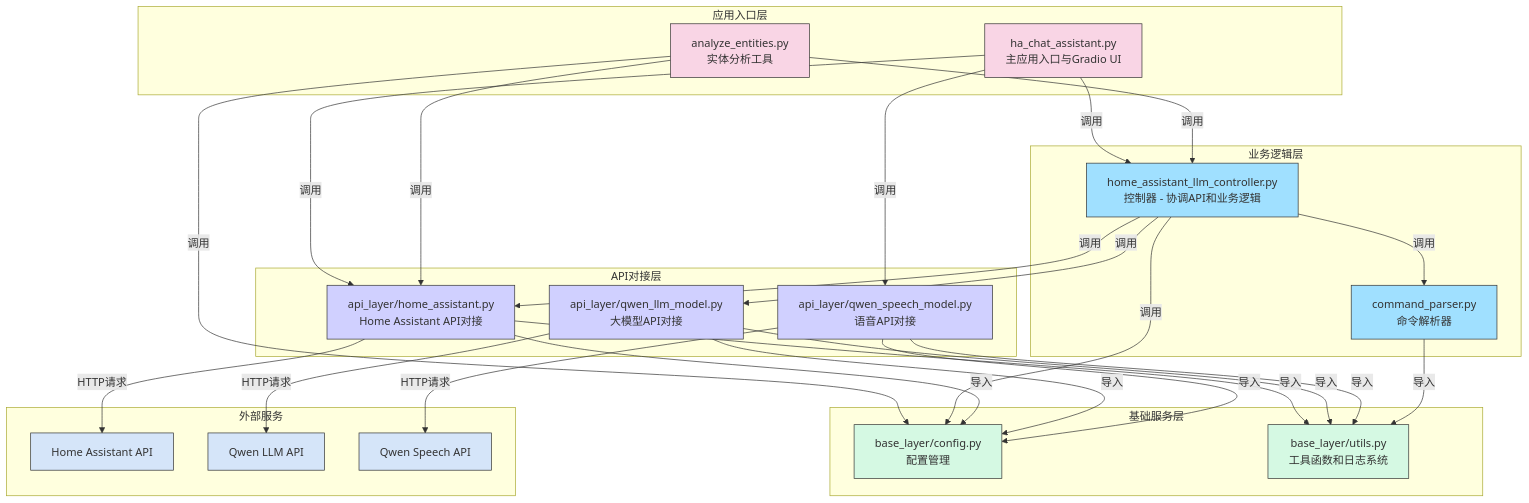
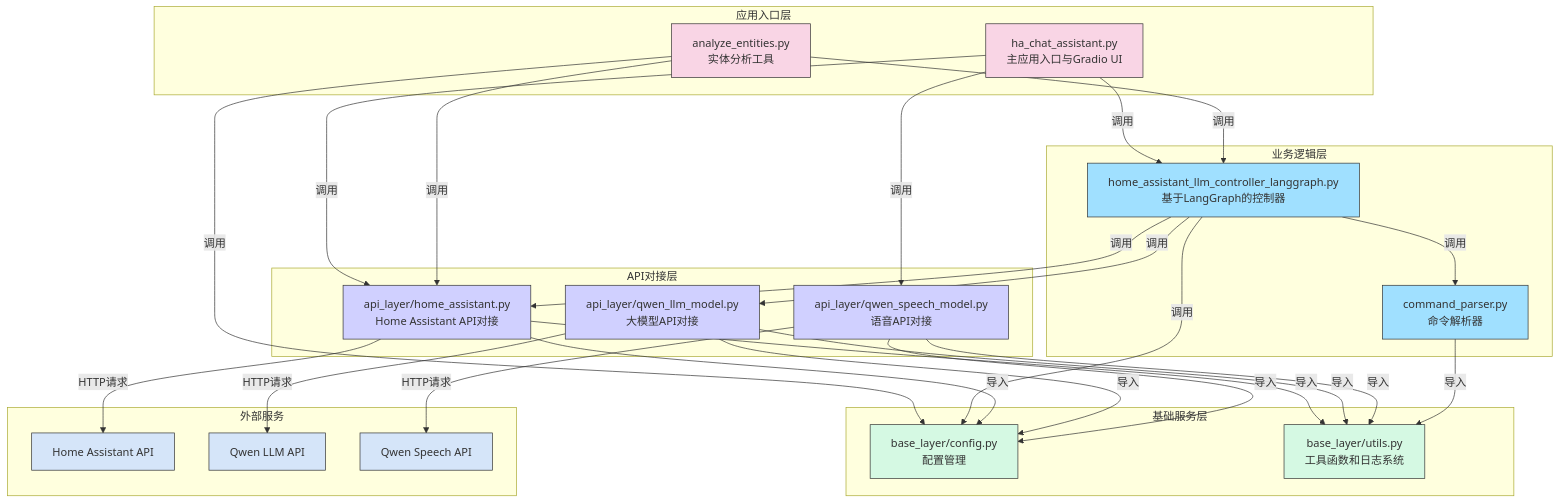
Before and after one commit to zlccccc/HomeAssistant-LLM-Analysis: the diagram in README.md, drawn with Mermaid. The commit also changed other lines of this file, not shown here.

````diff
--- a/README.md
+++ b/README.md
@@ -9,65 +9,65 @@
 ```mermaid
 graph TD
     subgraph 应用入口层
         A[ha_chat_assistant.py<br>主应用入口与Gradio UI]
         C[analyze_entities.py<br>实体分析工具]
     end
   
     subgraph 业务逻辑层
-        G[home_assistant_llm_controller.py<br>控制器 - 协调API和业务逻辑]
+        G[home_assistant_llm_controller_langgraph.py<br>基于LangGraph的控制器]
         B6[command_parser.py<br>命令解析器]
     end
   
     subgraph API对接层
         B1[api_layer/home_assistant.py<br>Home Assistant API对接]
         B3[api_layer/qwen_speech_model.py<br>语音API对接]
         B5[api_layer/qwen_llm_model.py<br>大模型API对接]
     end
   
     subgraph 基础服务层
         B4[base_layer/config.py<br>配置管理]
         B7[base_layer/utils.py<br>工具函数和日志系统]
     end
   
     subgraph 外部服务
         D[Home Assistant API]
         E[Qwen LLM API]
         F[Qwen Speech API]
     end
   
     %% 调用关系 - 放在subgraph外部
     A -->|调用| G
     A -->|调用| B1
     A -->|调用| B3
     C -->|调用| G
     C -->|调用| B1
     C -->|调用| B4
     G -->|调用| B6
     G -->|调用| B1
     G -->|调用| B5
     G -->|调用| B4
     B1 -->|HTTP请求| D
     B3 -->|HTTP请求| F
     B5 -->|HTTP请求| E
     B1 -->|导入| B4
     B1 -->|导入| B7
     B5 -->|导入| B4
     B5 -->|导入| B7
     B3 -->|导入| B4
     B3 -->|导入| B7
     B6 -->|导入| B7
   
     %% 样式设置
     style A fill:#f9d5e5,stroke:#333,stroke-width:1px
     style C fill:#f9d5e5,stroke:#333,stroke-width:1px
     style G fill:#a0e0ff,stroke:#333,stroke-width:1px
     style B6 fill:#a0e0ff,stroke:#333,stroke-width:1px
     style B1 fill:#d0d0ff,stroke:#333,stroke-width:1px
     style B3 fill:#d0d0ff,stroke:#333,stroke-width:1px
     style B5 fill:#d0d0ff,stroke:#333,stroke-width:1px
     style B4 fill:#d5f9e3,stroke:#333,stroke-width:1px
     style B7 fill:#d5f9e3,stroke:#333,stroke-width:1px
     style D fill:#d5e5f9,stroke:#333,stroke-width:1px
     style E fill:#d5e5f9,stroke:#333,stroke-width:1px
     style F fill:#d5e5f9,stroke:#333,stroke-width:1px
 ```
````
